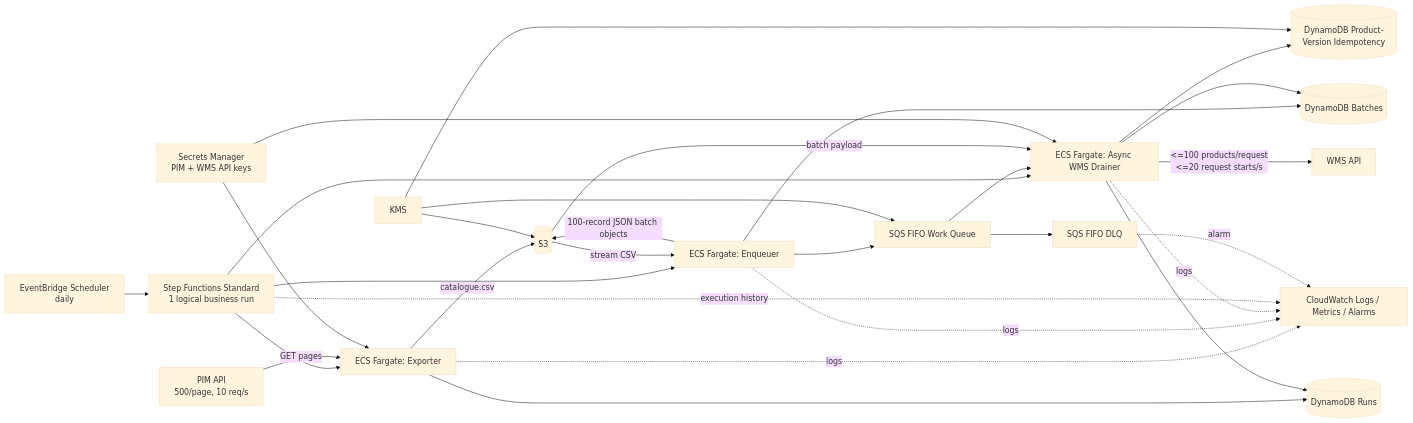
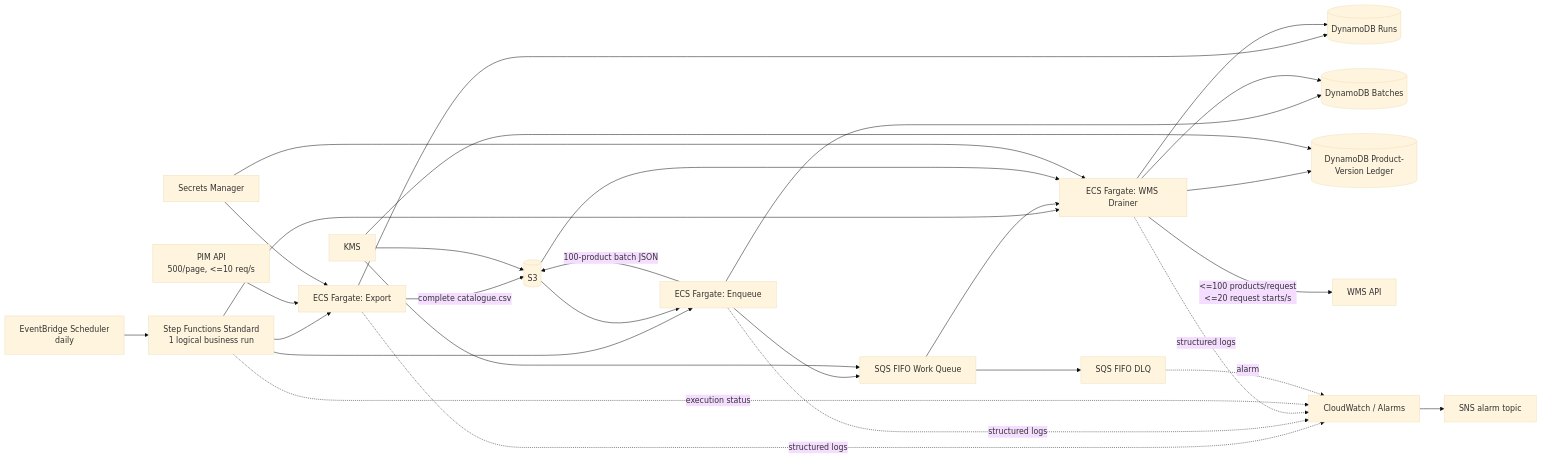
One commit to christopher444/test3 changed the diagram in ARCHITECTURE.md. Above: the diagram before and after it, drawn with Mermaid (base theme). The commit also changed other lines of this file and 4 other files, not shown here.

````diff
--- a/ARCHITECTURE.md
+++ b/ARCHITECTURE.md
@@ -17,36 +19,37 @@
 ```mermaid
 flowchart LR
     SCH[EventBridge Scheduler\ndaily] --> SFN[Step Functions Standard\n1 logical business run]
 
-    SFN --> EXP[ECS Fargate: Exporter]
-    PIM[PIM API\n500/page, 10 req/s] -->|GET pages| EXP
-    EXP -->|catalogue.csv| S3[(S3)]
+    SFN --> EXP[ECS Fargate: Export]
+    PIM[PIM API\n500/page, <=10 req/s] --> EXP
+    EXP -->|complete catalogue.csv| S3[(S3)]
     EXP --> RUNS[(DynamoDB Runs)]
 
-    SFN --> ENQ[ECS Fargate: Enqueuer]
-    S3 -->|stream CSV| ENQ
-    ENQ -->|100-record JSON batch objects| S3
+    SFN --> ENQ[ECS Fargate: Enqueue]
+    S3 --> ENQ
+    ENQ -->|100-product batch JSON| S3
     ENQ --> BATCHES[(DynamoDB Batches)]
     ENQ --> Q[SQS FIFO Work Queue]
     Q --> DLQ[SQS FIFO DLQ]
 
-    SFN --> WRK[ECS Fargate: Async WMS Drainer]
+    SFN --> WRK[ECS Fargate: WMS Drainer]
     Q --> WRK
-    S3 -->|batch payload| WRK
-    WRK --> IDEM[(DynamoDB Product-Version Idempotency)]
+    S3 --> WRK
+    WRK --> IDEM[(DynamoDB Product-Version Ledger)]
     WRK -->|<=100 products/request\n<=20 request starts/s| WMS[WMS API]
     WRK --> RUNS
     WRK --> BATCHES
 
-    EXP -. logs .-> CW[CloudWatch Logs / Metrics / Alarms]
-    ENQ -. logs .-> CW
-    WRK -. logs .-> CW
-    SFN -. execution history .-> CW
-    DLQ -. alarm .-> CW
-
-    SM[Secrets Manager\nPIM + WMS API keys] --> EXP
+    SM[Secrets Manager] --> EXP
     SM --> WRK
     KMS[KMS] --> S3
     KMS --> Q
     KMS --> IDEM
+
+    EXP -. structured logs .-> CW[CloudWatch / Alarms]
+    ENQ -. structured logs .-> CW
+    WRK -. structured logs .-> CW
+    SFN -. execution status .-> CW
+    DLQ -. alarm .-> CW
+    CW --> SNS[SNS alarm topic]
 ```
````
